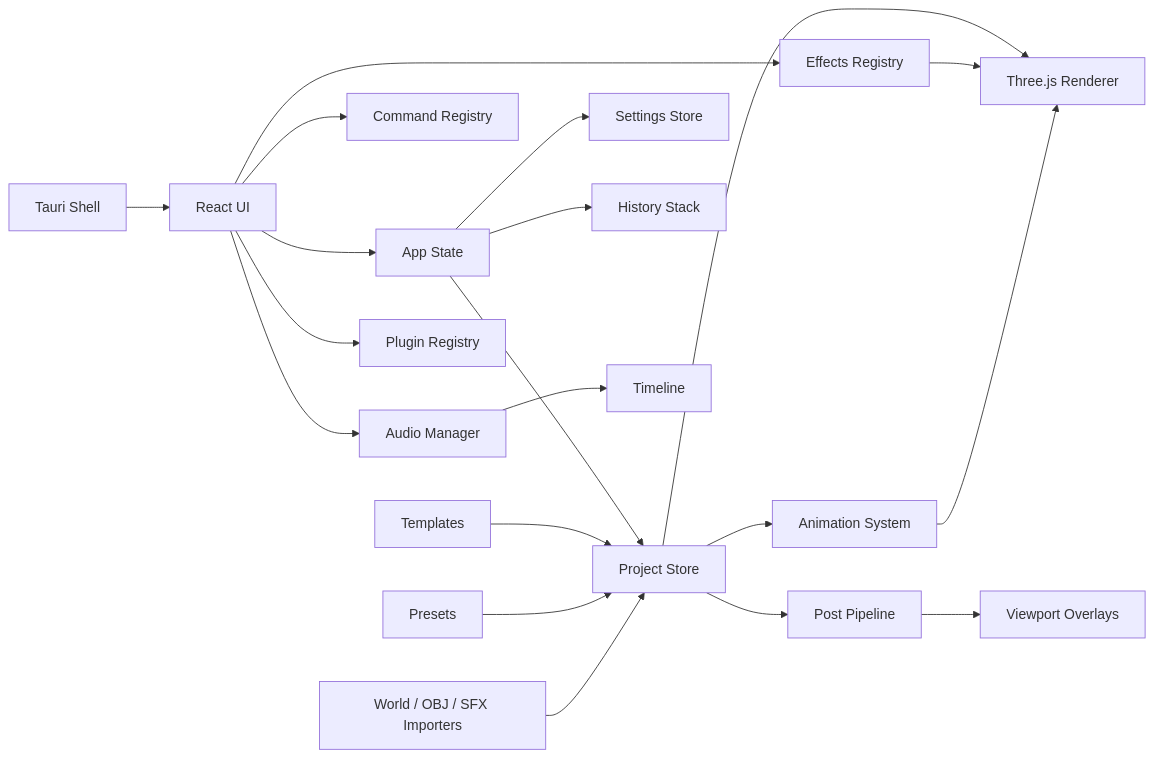
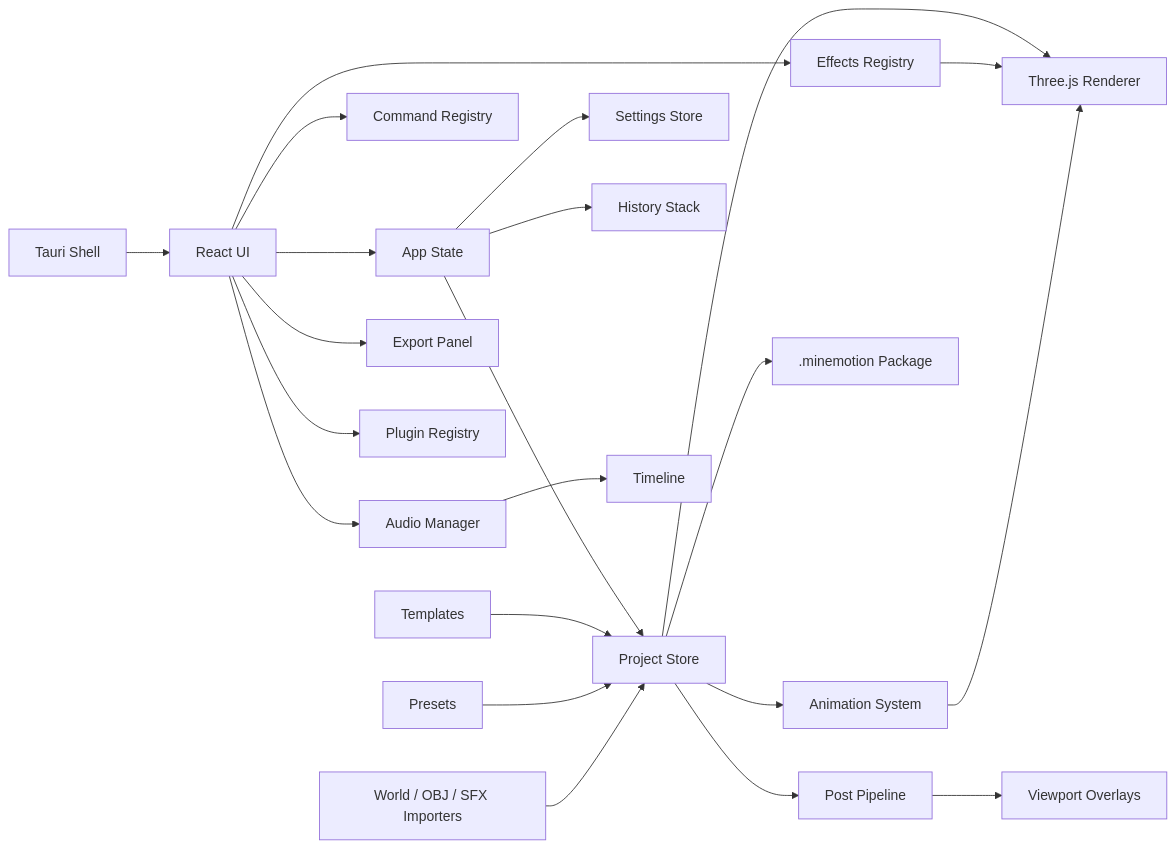
Before and after one commit to stotian/MineMotion-Studio: the diagram in docs/ARCHITECTURE.md, drawn with Mermaid. The commit also changed other lines of this file and 86 other files, not shown here.

First line of the commit message:
feat: add export pipeline and minemotion package format

````diff
--- a/docs/ARCHITECTURE.md
+++ b/docs/ARCHITECTURE.md
@@ -9,22 +9,24 @@
 ```mermaid
 flowchart LR
   UI["React UI"] --> AppState["App State"]
   AppState --> Project["Project Store"]
   AppState --> Settings["Settings Store"]
   AppState --> History["History Stack"]
   UI --> Commands["Command Registry"]
   UI --> Effects["Effects Registry"]
   UI --> Audio["Audio Manager"]
+  UI --> Export["Export Panel"]
   UI --> Plugins["Plugin Registry"]
   Project --> Animation["Animation System"]
+  Project --> Packages[".minemotion Package"]
   Project --> Post["Post Pipeline"]
   Project --> Renderer["Three.js Renderer"]
   Effects --> Renderer
   Post --> Viewport["Viewport Overlays"]
   Audio --> Timeline["Timeline"]
   Templates["Templates"] --> Project
   Presets["Presets"] --> Project
   Importers["World / OBJ / SFX Importers"] --> Project
   Animation --> Renderer
   Tauri["Tauri Shell"] --> UI
 ```
````
